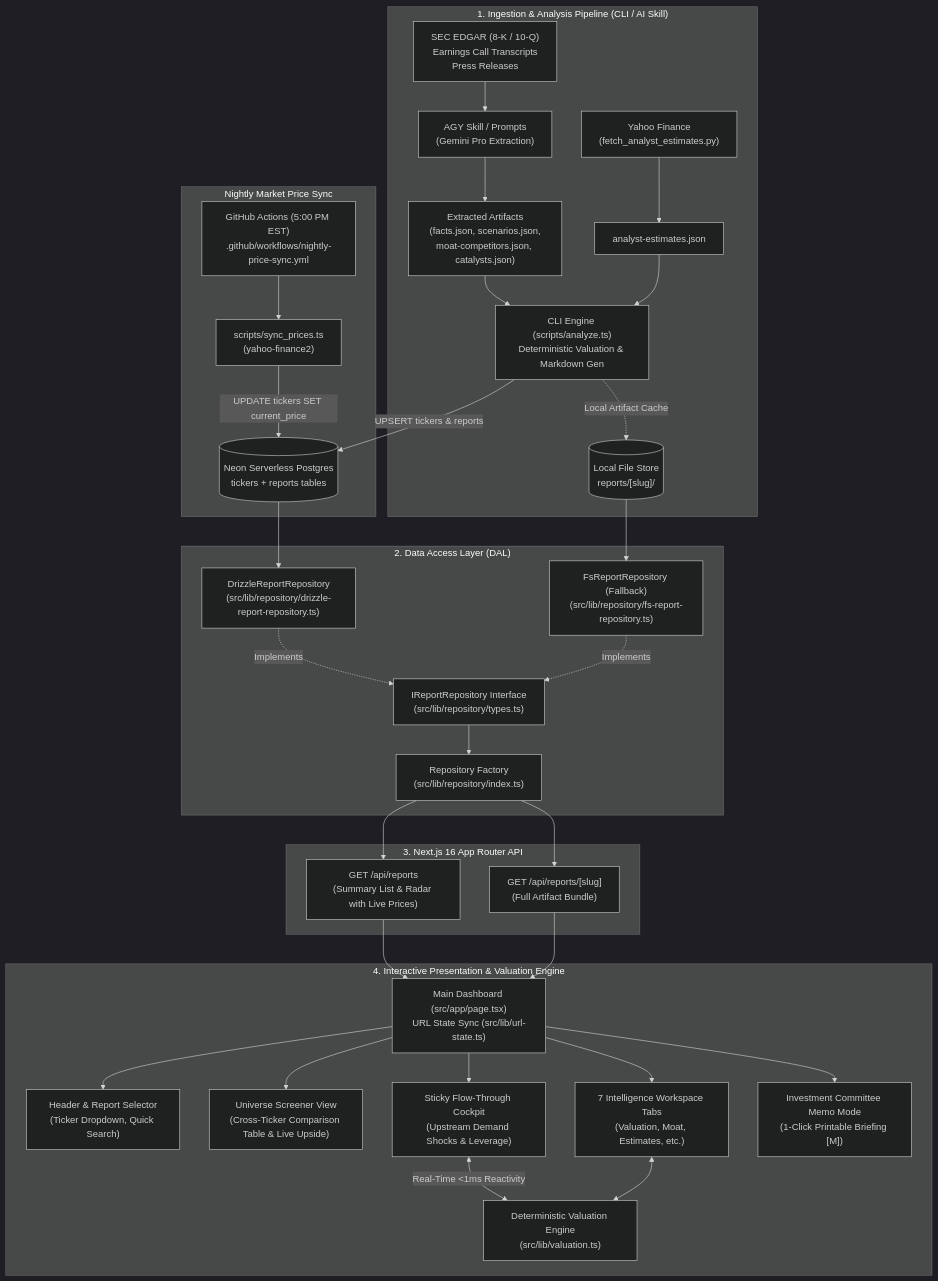
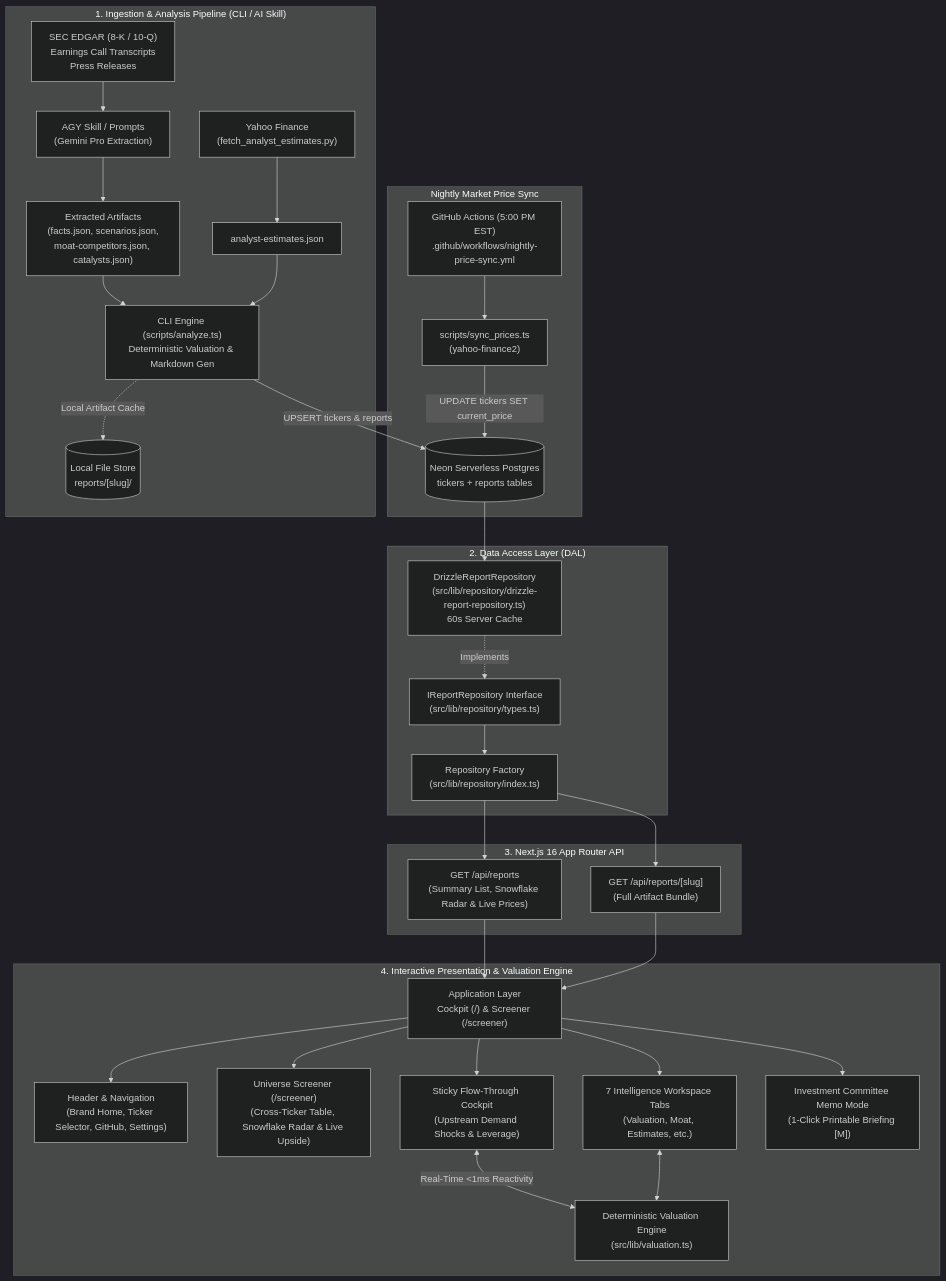
The diagram in docs/architecture.md (phanturne/stress-alpha), drawn with Mermaid (dark theme) before and after one commit. The commit also changed other lines of this file and 2 other files, not shown here.

Commit message:
docs: update architecture and specifications to reflect direct Neon DB & server caching

````diff
--- a/docs/architecture.md
+++ b/docs/architecture.md
@@ -24,41 +24,40 @@
 ```mermaid
 flowchart TB
     subgraph MarketData["Nightly Market Price Sync"]
         SyncCron["GitHub Actions (5:00 PM EST)\n.github/workflows/nightly-price-sync.yml"] --> SyncScript["scripts/sync_prices.ts\n(yahoo-finance2)"]
         SyncScript -->|"UPDATE tickers SET current_price"| NeonDB[("Neon Serverless Postgres\ntickers + reports tables")]
     end
 
     subgraph Ingestion["1. Ingestion & Analysis Pipeline (CLI / AI Skill)"]
         A["SEC EDGAR (8-K / 10-Q)\nEarnings Call Transcripts\nPress Releases"] --> B["AGY Skill / Prompts\n(Gemini Pro Extraction)"]
         C["Yahoo Finance\n(fetch_analyst_estimates.py)"] --> D["analyst-estimates.json"]
         B --> E["Extracted Artifacts\n(facts.json, scenarios.json,\nmoat-competitors.json, catalysts.json)"]
         E --> F["CLI Engine (scripts/analyze.ts)\nDeterministic Valuation & Markdown Gen"]
         D --> F
         F -->|"UPSERT tickers & reports"| NeonDB
         F -.->|"Local Artifact Cache"| G[("Local File Store\nreports/[slug]/")]
     end
 
     subgraph StorageLayer["2. Data Access Layer (DAL)"]
-        NeonDB --> H1["DrizzleReportRepository\n(src/lib/repository/drizzle-report-repository.ts)"]
-        G --> H2["FsReportRepository (Fallback)\n(src/lib/repository/fs-report-repository.ts)"]
-        H1 & H2 -.->|"Implements"| I["IReportRepository Interface\n(src/lib/repository/types.ts)"]
+        NeonDB --> H1["DrizzleReportRepository\n(src/lib/repository/drizzle-report-repository.ts)\n60s Server Cache"]
+        H1 -.->|"Implements"| I["IReportRepository Interface\n(src/lib/repository/types.ts)"]
         I --> RepoFactory["Repository Factory\n(src/lib/repository/index.ts)"]
     end
 
     subgraph APILayer["3. Next.js 16 App Router API"]
-        RepoFactory --> J["GET /api/reports\n(Summary List & Radar with Live Prices)"]
+        RepoFactory --> J["GET /api/reports\n(Summary List, Snowflake Radar & Live Prices)"]
         RepoFactory --> K["GET /api/reports/[slug]\n(Full Artifact Bundle)"]
     end
 
     subgraph ClientLayer["4. Interactive Presentation & Valuation Engine"]
-        J & K --> L["Main Dashboard (src/app/page.tsx)\nURL State Sync (src/lib/url-state.ts)"]
-        L --> M["Header & Report Selector\n(Ticker Dropdown, Quick Search)"]
-        L --> N["Universe Screener View\n(Cross-Ticker Comparison Table & Live Upside)"]
+        J & K --> L["Application Layer\nCockpit (/) & Screener (/screener)"]
+        L --> M["Header & Navigation\n(Brand Home, Ticker Selector, GitHub, Settings)"]
+        L --> N["Universe Screener (/screener)\n(Cross-Ticker Table, Snowflake Radar & Live Upside)"]
         L --> O["Sticky Flow-Through Cockpit\n(Upstream Demand Shocks & Leverage)"]
         L --> P["7 Intelligence Workspace Tabs\n(Valuation, Moat, Estimates, etc.)"]
         L --> Q["Investment Committee Memo Mode\n(1-Click Printable Briefing [M])"]
         
         O <-->|"Real-Time <1ms Reactivity"| R["Deterministic Valuation Engine\n(src/lib/valuation.ts)"]
         P <--> R
     end
 ```
````
